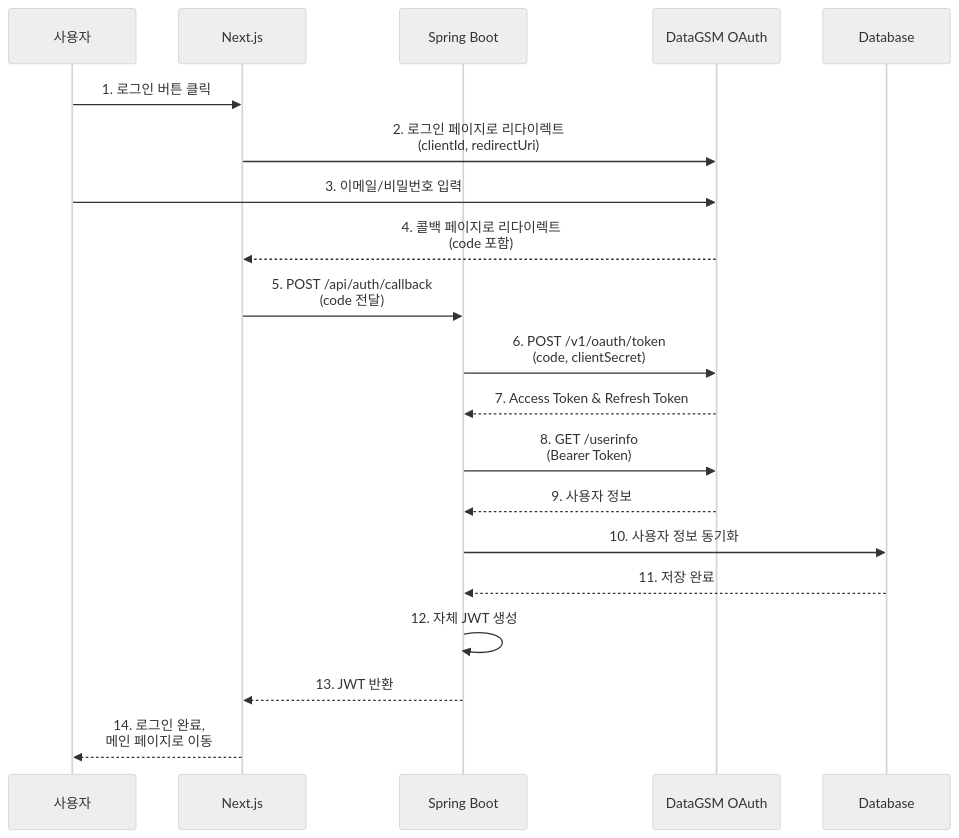
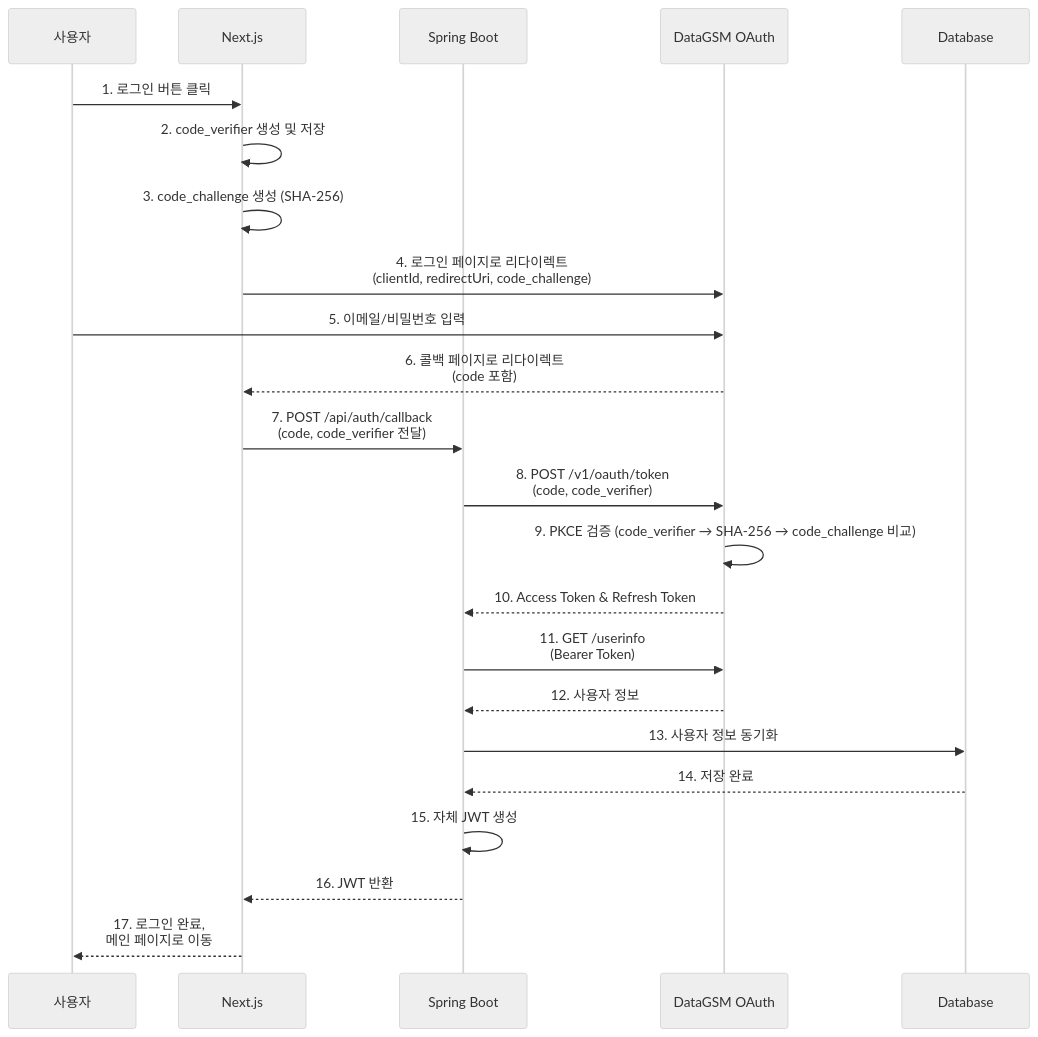
The second of 5 diagrams in apps/client/src/app/docs/oauth/examples/nextjs-spring-boot/page.mdx (themoment-team/datagsm-front), drawn with Mermaid (neutral theme) before and after one commit. The commit also changed other lines of this file and 10 other files, not shown here.

````diff
--- a/apps/client/src/app/docs/oauth/examples/nextjs-spring-boot/page.mdx
+++ b/apps/client/src/app/docs/oauth/examples/nextjs-spring-boot/page.mdx
@@ -41,23 +41,26 @@
 ```mermaid
 sequenceDiagram
     participant U as 사용자
     participant N as Next.js
     participant S as Spring Boot
     participant O as DataGSM OAuth
     participant D as Database
 
     U->>N: 1. 로그인 버튼 클릭
-    N->>O: 2. 로그인 페이지로 리다이렉트<br/>(clientId, redirectUri)
-    U->>O: 3. 이메일/비밀번호 입력
-    O-->>N: 4. 콜백 페이지로 리다이렉트<br/>(code 포함)
-    N->>S: 5. POST /api/auth/callback<br/>(code 전달)
-    S->>O: 6. POST /v1/oauth/token<br/>(code, clientSecret)
-    O-->>S: 7. Access Token & Refresh Token
-    S->>O: 8. GET /userinfo<br/>(Bearer Token)
-    O-->>S: 9. 사용자 정보
-    S->>D: 10. 사용자 정보 동기화
-    D-->>S: 11. 저장 완료
-    S->>S: 12. 자체 JWT 생성
-    S-->>N: 13. JWT 반환
-    N-->>U: 14. 로그인 완료,<br/>메인 페이지로 이동
+    N->>N: 2. code_verifier 생성 및 저장
+    N->>N: 3. code_challenge 생성 (SHA-256)
+    N->>O: 4. 로그인 페이지로 리다이렉트<br/>(clientId, redirectUri, code_challenge)
+    U->>O: 5. 이메일/비밀번호 입력
+    O-->>N: 6. 콜백 페이지로 리다이렉트<br/>(code 포함)
+    N->>S: 7. POST /api/auth/callback<br/>(code, code_verifier 전달)
+    S->>O: 8. POST /v1/oauth/token<br/>(code, code_verifier)
+    O->>O: 9. PKCE 검증 (code_verifier → SHA-256 → code_challenge 비교)
+    O-->>S: 10. Access Token & Refresh Token
+    S->>O: 11. GET /userinfo<br/>(Bearer Token)
+    O-->>S: 12. 사용자 정보
+    S->>D: 13. 사용자 정보 동기화
+    D-->>S: 14. 저장 완료
+    S->>S: 15. 자체 JWT 생성
+    S-->>N: 16. JWT 반환
+    N-->>U: 17. 로그인 완료,<br/>메인 페이지로 이동
 ```
````
